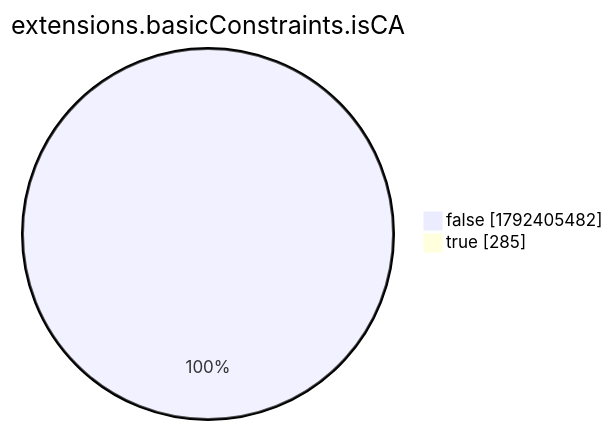
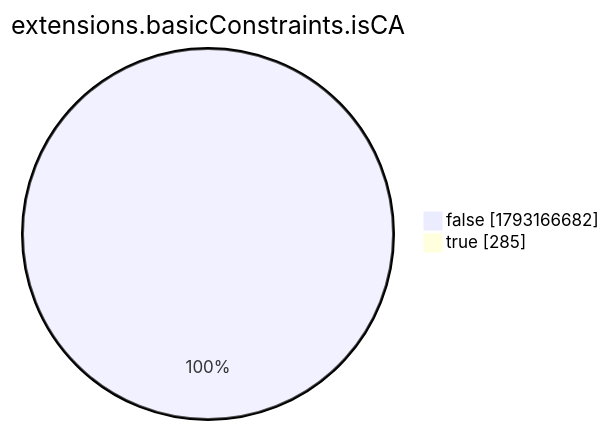
Before and after one commit to christiankrug/ctmonitor_visualization: the eighth of 15 diagrams in xenon2022/README.md, drawn with Mermaid. The commit also changed other lines of this file, not shown here.

````diff
--- a/xenon2022/README.md
+++ b/xenon2022/README.md
@@ -2868,6 +2868,6 @@
 ```mermaid
 pie showData
 title extensions.basicConstraints.isCA
-"false" :1792405482
+"false" :1793166682
 "true" :285
 ```
````
